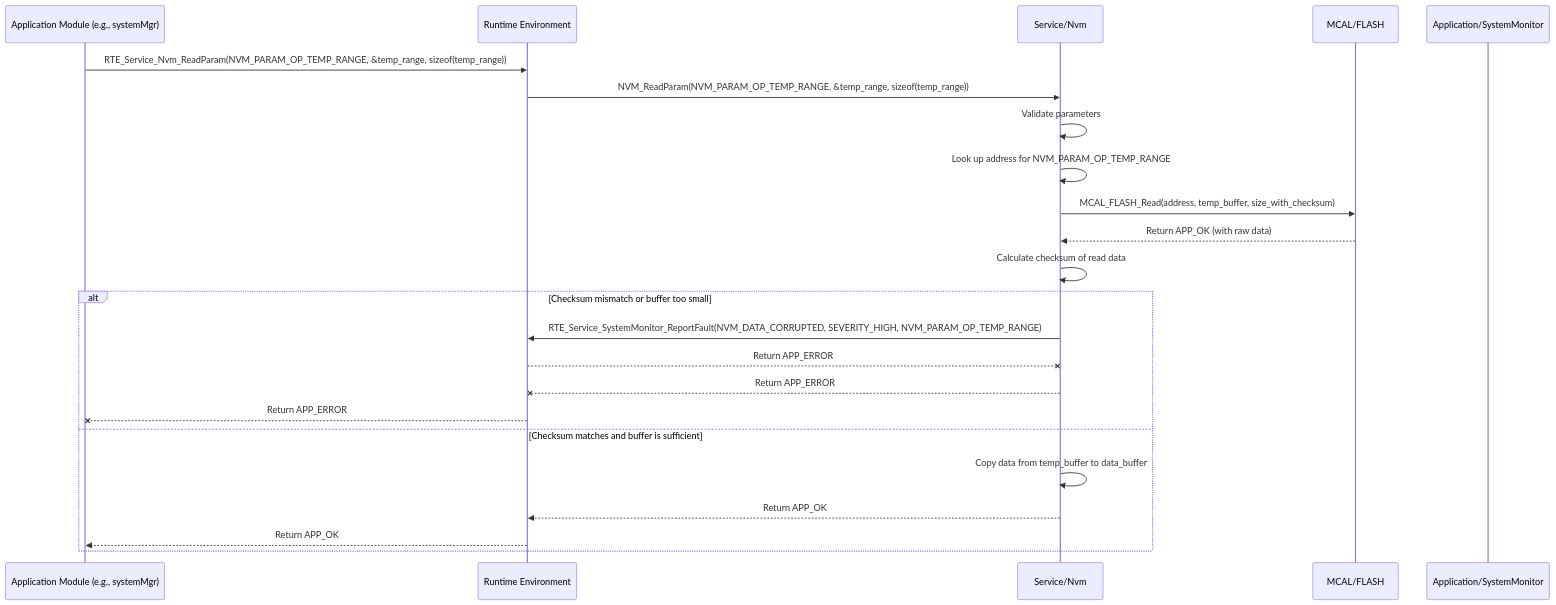
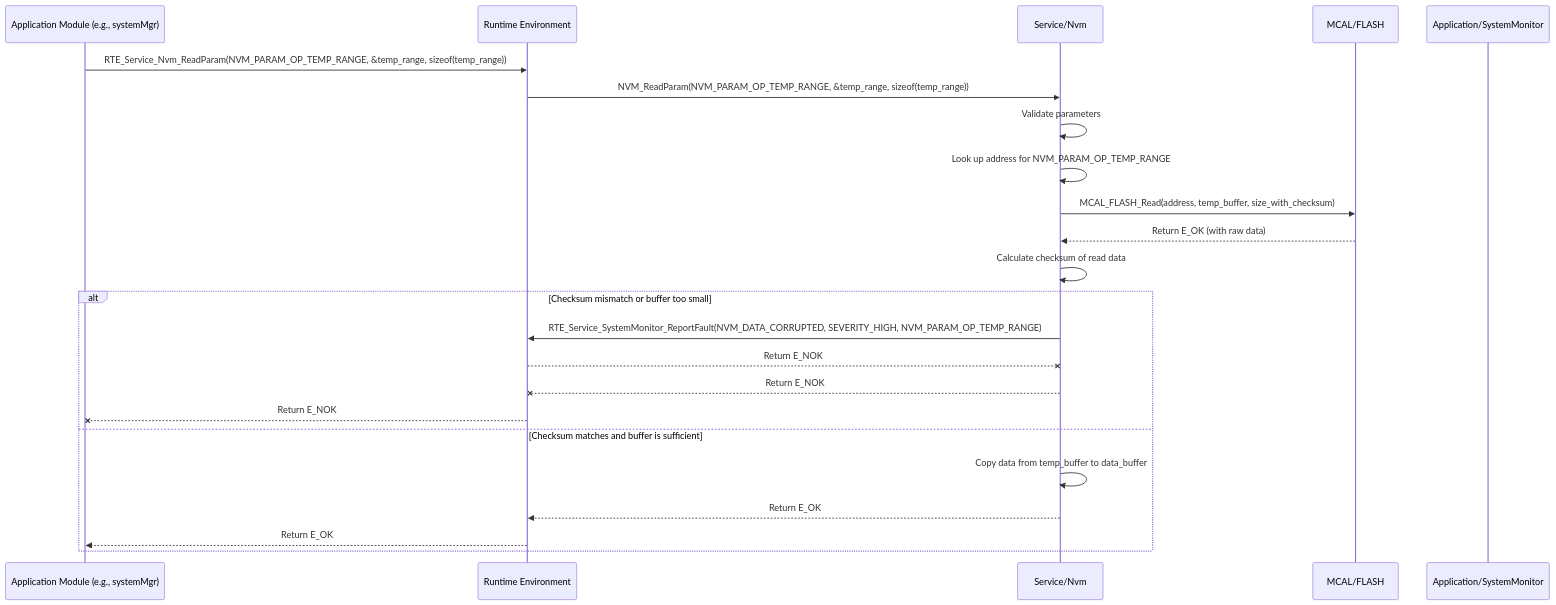
One commit to ashaker-2/Platform changed the diagram in Requiremets/Design/Service/NvM.md. Above: the diagram before and after it, drawn with Mermaid. The commit also changed other lines of this file and 716 other files, not shown here.

````diff
--- a/Requiremets/Design/Service/NvM.md
+++ b/Requiremets/Design/Service/NvM.md
@@ -163,26 +163,26 @@
 ```mermaid
 sequenceDiagram  
     participant AppModule as Application Module (e.g., systemMgr)  
     participant RTE as Runtime Environment  
     participant Nvm as Service/Nvm  
     participant MCAL_FLASH as MCAL/FLASH  
     participant SystemMonitor as Application/SystemMonitor
 
     AppModule->>RTE: RTE_Service_Nvm_ReadParam(NVM_PARAM_OP_TEMP_RANGE, &temp_range, sizeof(temp_range))  
     RTE->>Nvm: NVM_ReadParam(NVM_PARAM_OP_TEMP_RANGE, &temp_range, sizeof(temp_range))  
     Nvm->>Nvm: Validate parameters  
     Nvm->>Nvm: Look up address for NVM_PARAM_OP_TEMP_RANGE  
     Nvm->>MCAL_FLASH: MCAL_FLASH_Read(address, temp_buffer, size_with_checksum)  
-    MCAL_FLASH-->>Nvm: Return APP_OK (with raw data)  
+    MCAL_FLASH-->>Nvm: Return E_OK (with raw data)  
     Nvm->>Nvm: Calculate checksum of read data  
     alt Checksum mismatch or buffer too small  
         Nvm->>RTE: RTE_Service_SystemMonitor_ReportFault(NVM_DATA_CORRUPTED, SEVERITY_HIGH, NVM_PARAM_OP_TEMP_RANGE)  
-        RTE--xNvm: Return APP_ERROR  
-        Nvm--xRTE: Return APP_ERROR  
-        RTE--xAppModule: Return APP_ERROR  
+        RTE--xNvm: Return E_NOK  
+        Nvm--xRTE: Return E_NOK  
+        RTE--xAppModule: Return E_NOK  
     else Checksum matches and buffer is sufficient  
         Nvm->>Nvm: Copy data from temp_buffer to data_buffer  
-        Nvm-->>RTE: Return APP_OK  
-        RTE-->>AppModule: Return APP_OK  
+        Nvm-->>RTE: Return E_OK  
+        RTE-->>AppModule: Return E_OK  
     end
 ```
````
